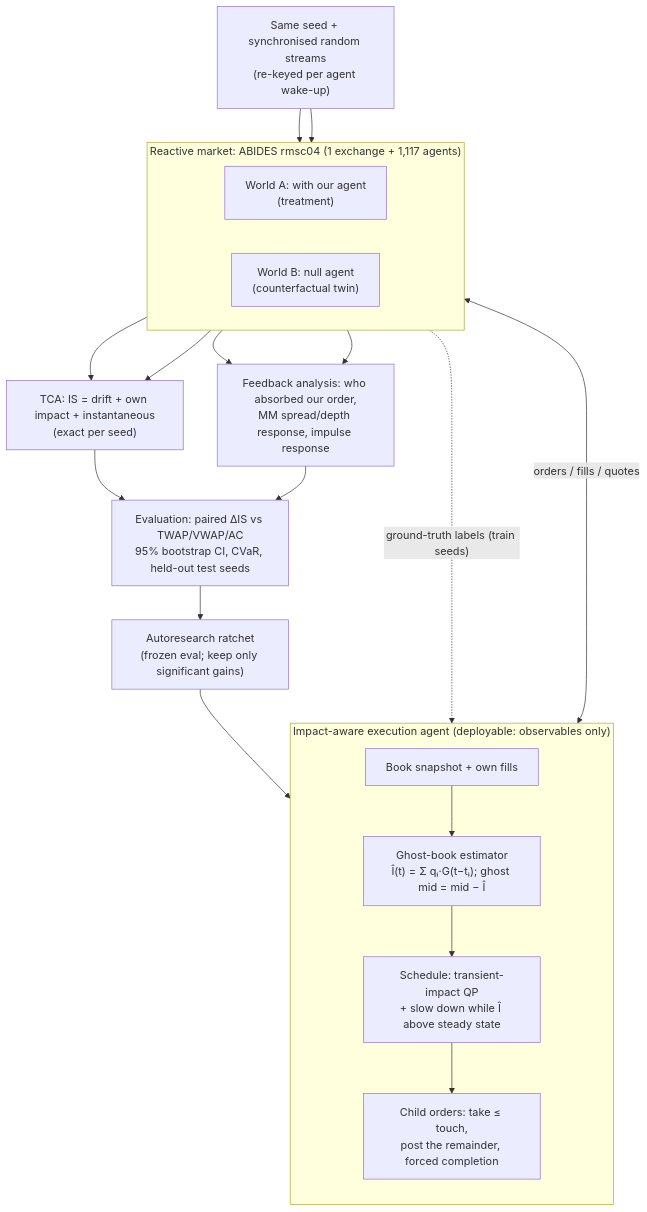
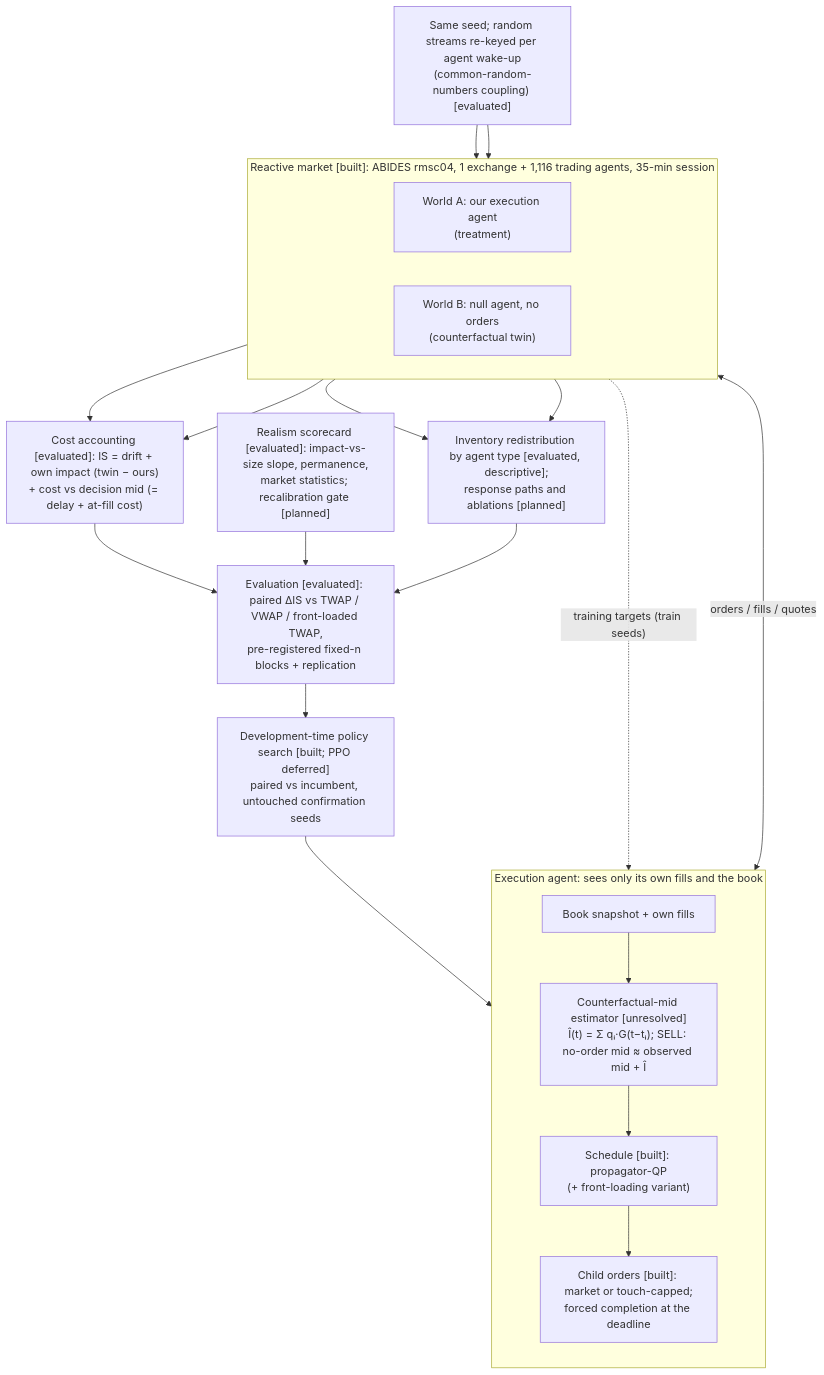
The diagram in perceptron-p05-impact-execution/deliverables/architecture.md (imdigitalashish/techfest-2026), drawn with Mermaid before and after one commit. The commit also changed other lines of this file and 18 other files, not shown here.

Commit message:
perceptron-p05-impact-execution: E10 (H2 not confirmed), E11 (coupling widens spreads 13%), E12 (touch-cap saving is fill-price improvement; exact pre-trade identity 180/180); final abstract + architecture rendered from claims (898 words); memo template

````diff
--- a/perceptron-p05-impact-execution/deliverables/architecture.md
+++ b/perceptron-p05-impact-execution/deliverables/architecture.md
@@ -3,25 +5,26 @@
 ```mermaid
 flowchart TB
-  subgraph SIM["Reactive market: ABIDES rmsc04 (1 exchange + 1,117 agents)"]
+  subgraph SIM["Reactive market [built]: ABIDES rmsc04, 1 exchange + 1,116 trading agents, 35-min session"]
     direction LR
-    W1["World A: with our agent<br/>(treatment)"]
-    W0["World B: null agent<br/>(counterfactual twin)"]
+    W1["World A: our execution agent<br/>(treatment)"]
+    W0["World B: null agent, no orders<br/>(counterfactual twin)"]
   end
-  SEED["Same seed + synchronised random streams<br/>(re-keyed per agent wake-up)"] --> W1 & W0
+  SEED["Same seed; random streams re-keyed per agent wake-up<br/>(common-random-numbers coupling) [evaluated]"] --> W1 & W0
 
-  subgraph AGENT["Impact-aware execution agent (deployable: observables only)"]
+  subgraph AGENT["Execution agent: sees only its own fills and the book"]
     direction TB
-    OBS["Book snapshot + own fills"] --> GB["Ghost-book estimator<br/>Î(t) = Σ qᵢ·G(t−tᵢ); ghost mid = mid − Î"]
-    GB --> SCH["Schedule: transient-impact QP<br/>+ slow down while Î above steady state"]
-    SCH --> TAC["Child orders: take ≤ touch,<br/>post the remainder, forced completion"]
+    OBS["Book snapshot + own fills"] --> CF["Counterfactual-mid estimator [unresolved]<br/>Î(t) = Σ qᵢ·G(t−tᵢ); SELL: no-order mid ≈ observed mid + Î"]
+    CF --> SCH["Schedule [built]: propagator-QP<br/>(+ front-loading variant)"]
+    SCH --> TAC["Child orders [built]: market or touch-capped;<br/>forced completion at the deadline"]
   end
   W1 <-->|"orders / fills / quotes"| AGENT
 
-  W1 & W0 --> TCA["TCA: IS = drift + own impact + instantaneous<br/>(exact per seed)"]
-  W1 & W0 --> FB["Feedback analysis: who absorbed our order,<br/>MM spread/depth response, impulse response"]
-  W0 -. "ground-truth labels (train seeds)" .-> GB
-  TCA --> EV["Evaluation: paired ΔIS vs TWAP/VWAP/AC<br/>95% bootstrap CI, CVaR, held-out test seeds"]
+  W1 & W0 --> TCA["Cost accounting [evaluated]: IS = drift + own impact (twin − ours)<br/>+ cost vs decision mid (= delay + at-fill cost)"]
+  W1 & W0 --> FB["Inventory redistribution by agent type [evaluated, descriptive];<br/>response paths and ablations [planned]"]
+  W0 -. "training targets (train seeds)" .-> CF
+  TCA --> EV["Evaluation [evaluated]: paired ΔIS vs TWAP / VWAP / front-loaded TWAP,<br/>pre-registered fixed-n blocks + replication"]
+  SC["Realism scorecard [evaluated]: impact-vs-size slope, permanence,<br/>market statistics; recalibration gate [planned]"] --> EV
   FB --> EV
-  EV --> AR["Autoresearch ratchet<br/>(frozen eval; keep only significant gains)"]
+  EV --> AR["Development-time policy search [built; PPO deferred]<br/>paired vs incumbent, untouched confirmation seeds"]
   AR --> AGENT
 ```
````
